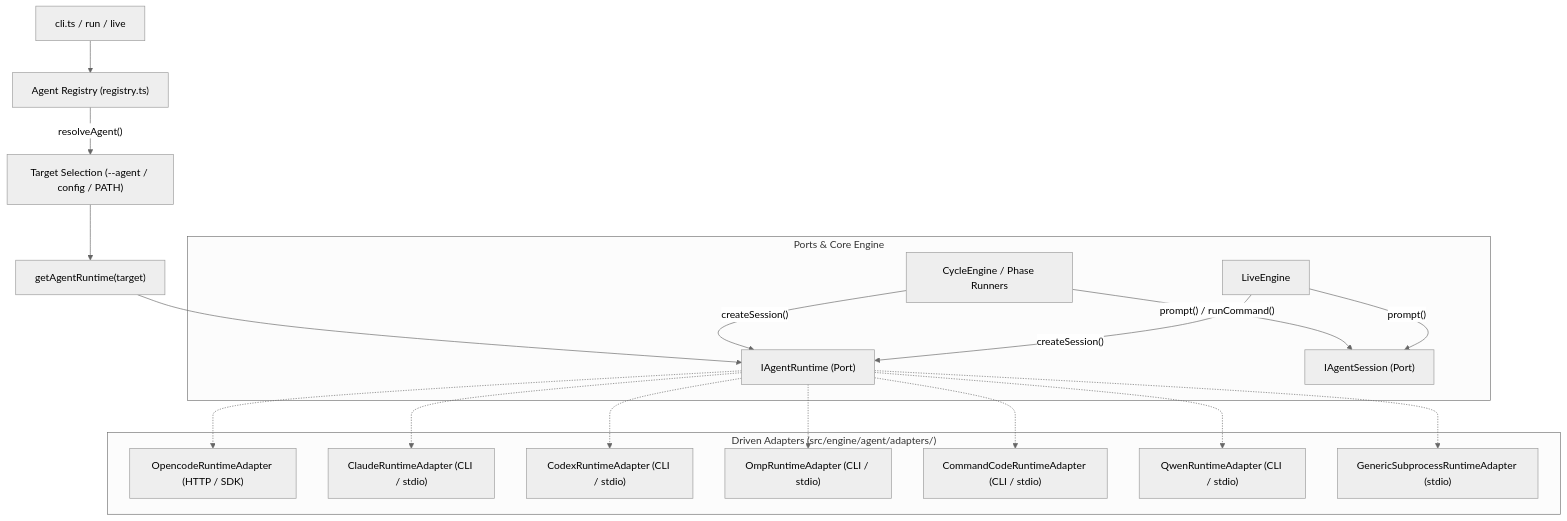
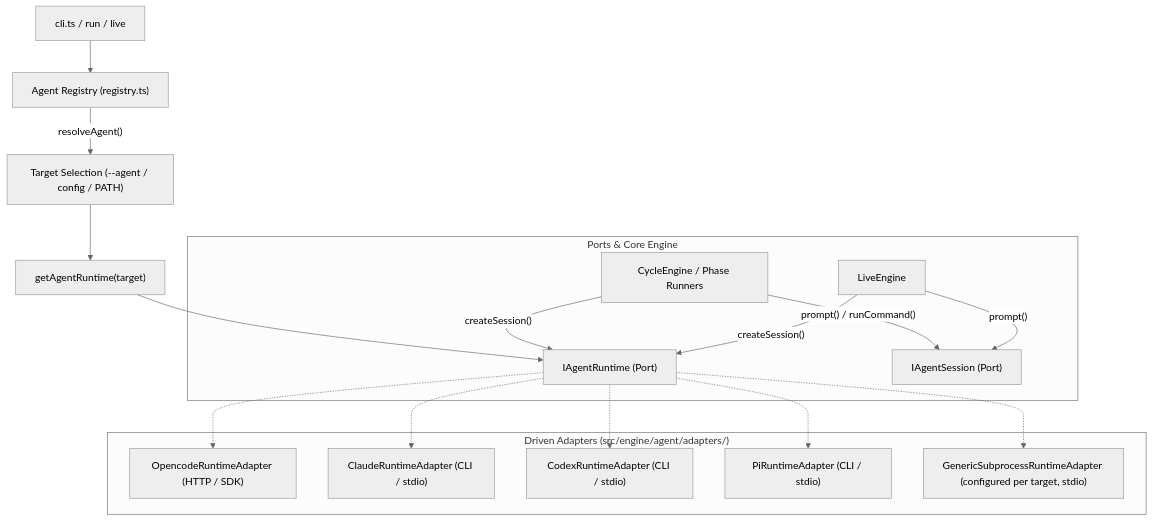
Before and after one commit to dahch/huginn: diagram 22 of 36 in DESIGN.md, drawn with Mermaid (neutral theme). The commit also changed other lines of this file and 3 other files, not shown here.

First line of the commit message:
docs(agent): document the five-runtime / thirteen-target split

````diff
--- a/DESIGN.md
+++ b/DESIGN.md
@@ -1991,37 +1986,33 @@
 ```mermaid
 flowchart TD
     CLI["cli.ts / run / live"] --> Registry["Agent Registry (registry.ts)"]
     Registry -->|"resolveAgent()"| TargetSelection["Target Selection (--agent / config / PATH)"]
     TargetSelection --> AdapterFactory["getAgentRuntime(target)"]
 
     subgraph "Ports & Core Engine"
         RuntimePort["IAgentRuntime (Port)"]
         SessionPort["IAgentSession (Port)"]
         Cycle["CycleEngine / Phase Runners"]
         Live["LiveEngine"]
     end
 
     AdapterFactory --> RuntimePort
     Cycle -->|"createSession()"| RuntimePort
     Live -->|"createSession()"| RuntimePort
     Cycle -->|"prompt() / runCommand()"| SessionPort
     Live -->|"prompt()"| SessionPort
 
     subgraph "Driven Adapters (src/engine/agent/adapters/)"
         OpencodeAdapter["OpencodeRuntimeAdapter (HTTP / SDK)"]
         ClaudeAdapter["ClaudeRuntimeAdapter (CLI / stdio)"]
         CodexAdapter["CodexRuntimeAdapter (CLI / stdio)"]
-        OmpAdapter["OmpRuntimeAdapter (CLI / stdio)"]
-        CommandCodeAdapter["CommandCodeRuntimeAdapter (CLI / stdio)"]
-        QwenAdapter["QwenRuntimeAdapter (CLI / stdio)"]
-        GenericAdapter["GenericSubprocessRuntimeAdapter (stdio)"]
+        PiAdapter["PiRuntimeAdapter (CLI / stdio)"]
+        GenericAdapter["GenericSubprocessRuntimeAdapter (configured per target, stdio)"]
     end
 
     RuntimePort -.-> OpencodeAdapter
     RuntimePort -.-> ClaudeAdapter
     RuntimePort -.-> CodexAdapter
-    RuntimePort -.-> OmpAdapter
-    RuntimePort -.-> CommandCodeAdapter
-    RuntimePort -.-> QwenAdapter
+    RuntimePort -.-> PiAdapter
     RuntimePort -.-> GenericAdapter
 ```
````
